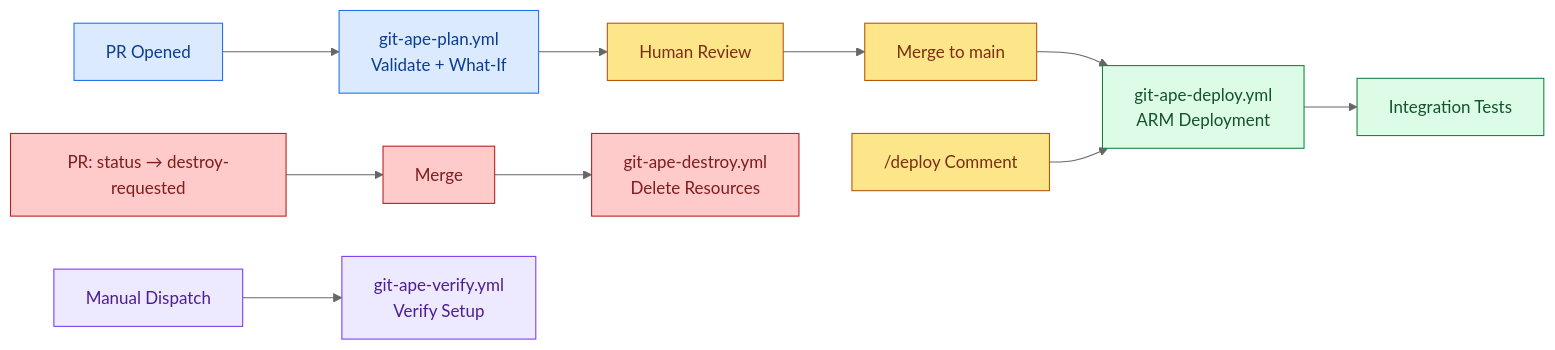
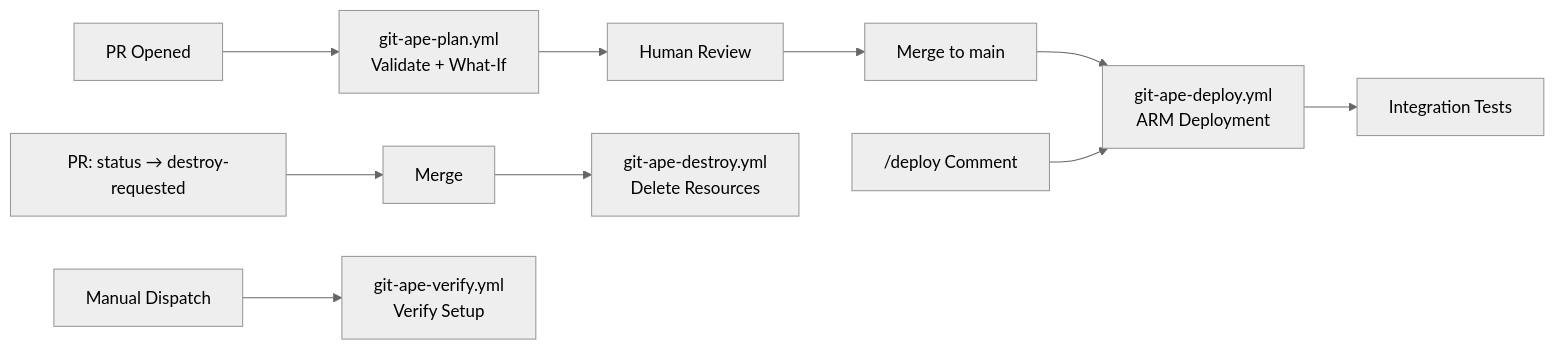
One commit to Azure/git-ape changed the diagram in website/docs/workflows/overview.md. Above: the diagram before and after it, drawn with Mermaid (neutral theme). The commit also changed other lines of this file and 20 other files, not shown here.

````diff
--- a/website/docs/workflows/overview.md
+++ b/website/docs/workflows/overview.md
@@ -28,26 +23,15 @@
 ```mermaid
 graph LR
     PR["PR Opened"] --> Plan["git-ape-plan.yml<br/>Validate + What-If"]
     Plan --> Review["Human Review"]
     Review --> Merge["Merge to main"]
     Merge --> Deploy["git-ape-deploy.yml<br/>ARM Deployment"]
     Deploy --> Test["Integration Tests"]
 
     Comment["/deploy Comment"] --> Deploy
 
     Destroy["PR: status → destroy-requested"] --> DestroyMerge["Merge"]
     DestroyMerge --> DestroyWF["git-ape-destroy.yml<br/>Delete Resources"]
 
     Manual["Manual Dispatch"] --> Verify["git-ape-verify.yml<br/>Verify Setup"]
-
-    classDef plan fill:#dbeafe,stroke:#1f6feb,stroke-width:1px,color:#0b3d91
-    classDef review fill:#fde68a,stroke:#b45309,stroke-width:1px,color:#7c2d12
-    classDef deploy fill:#dcfce7,stroke:#15803d,stroke-width:1px,color:#14532d
-    classDef destroy fill:#fecaca,stroke:#b91c1c,stroke-width:1px,color:#7f1d1d
-    classDef verify fill:#ede9fe,stroke:#7c3aed,stroke-width:1px,color:#4c1d95
-    class PR,Plan plan
-    class Review,Merge,Comment review
-    class Deploy,Test deploy
-    class Destroy,DestroyMerge,DestroyWF destroy
-    class Manual,Verify verify
 ```
````
